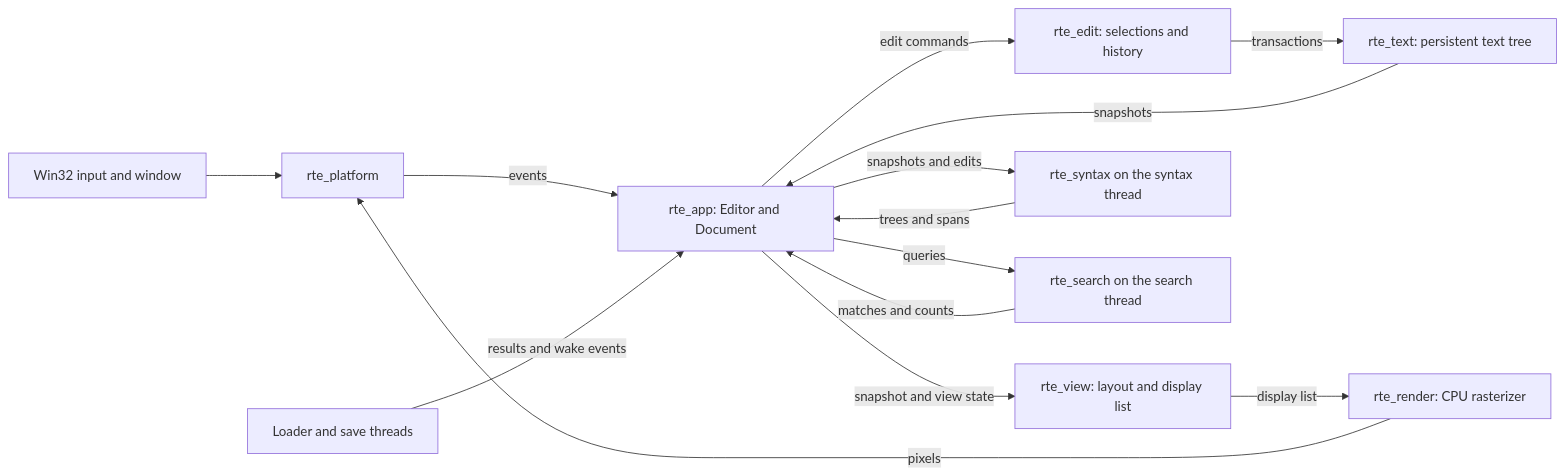
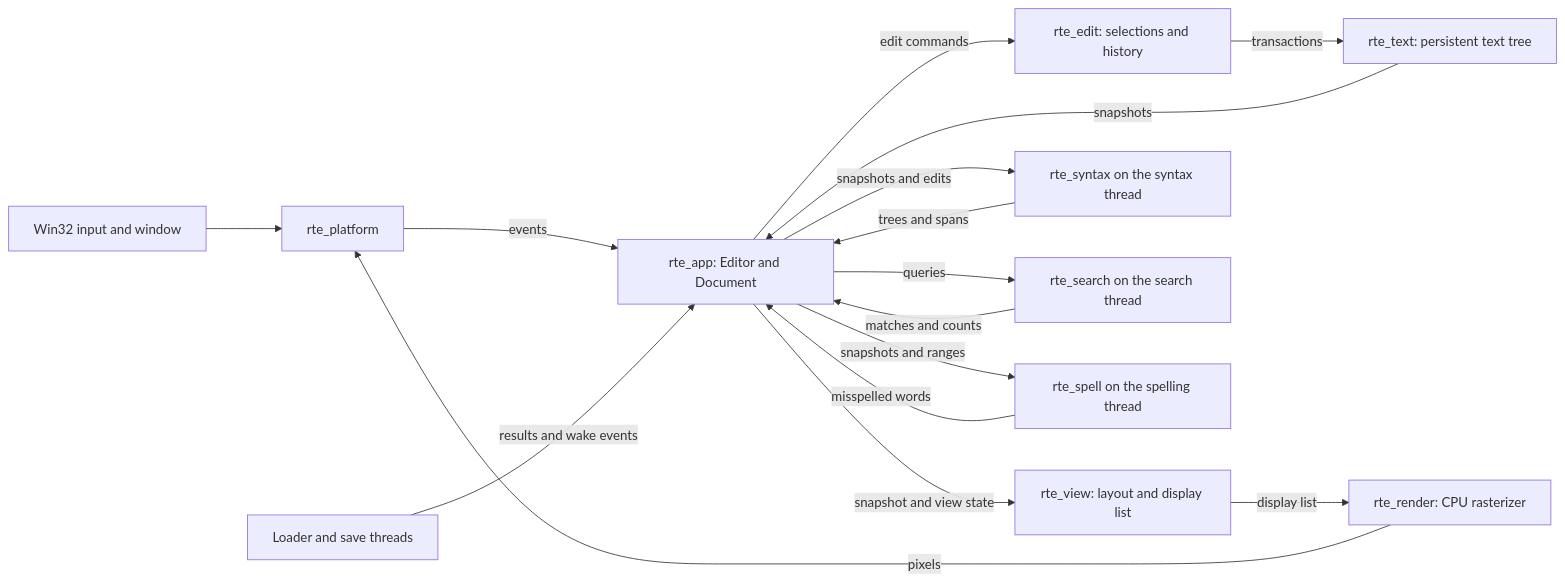
The first of 3 diagrams in docs/src/developer.md (RoyiAvital/RoyiTextEditor), drawn with Mermaid before and after one commit. The commit also changed other lines of this file and 76 other files, not shown here.

````diff
--- a/docs/src/developer.md
+++ b/docs/src/developer.md
@@ -9,16 +9,18 @@
 ```mermaid
 flowchart LR
     Win[Win32 input and window] --> Platform[rte_platform]
     Platform -->|events| App[rte_app: Editor and Document]
     App -->|edit commands| Edit[rte_edit: selections and history]
     Edit -->|transactions| Text[rte_text: persistent text tree]
     Text -->|snapshots| App
     App -->|snapshot and view state| View[rte_view: layout and display list]
     View -->|display list| Render[rte_render: CPU rasterizer]
     Render -->|pixels| Platform
     App -->|snapshots and edits| Syntax[rte_syntax on the syntax thread]
     Syntax -->|trees and spans| App
     App -->|queries| Search[rte_search on the search thread]
     Search -->|matches and counts| App
+    App -->|snapshots and ranges| Spell[rte_spell on the spelling thread]
+    Spell -->|misspelled words| App
     Workers[Loader and save threads] -->|results and wake events| App
 ```
````
